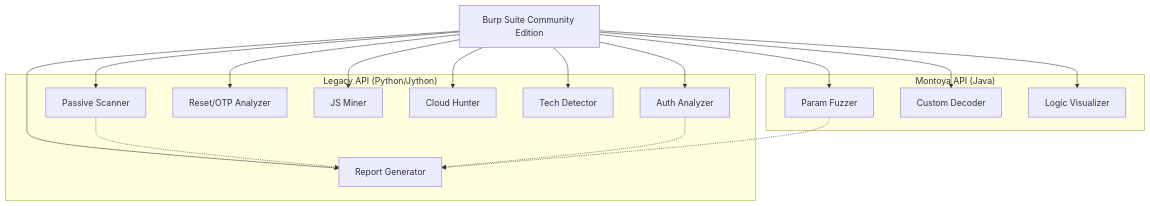
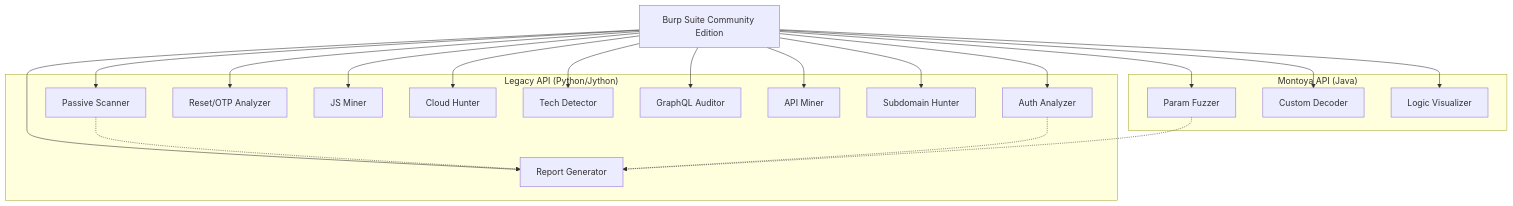
One commit to mic-cyberkid/burp-extensions-suite changed the diagram in docs/architecture.md. Above: the diagram before and after it, drawn with Mermaid. The commit also changed 15 other files, not shown here.

````diff
--- a/docs/architecture.md
+++ b/docs/architecture.md
@@ -7,35 +7,41 @@
 ```mermaid
 graph TD
     Burp[Burp Suite Community Edition]
 
     subgraph "Legacy API (Python/Jython)"
         PS[Passive Scanner]
         AA[Auth Analyzer]
         RG[Report Generator]
         RO[Reset/OTP Analyzer]
         JS[JS Miner]
         CH[Cloud Hunter]
         TD[Tech Detector]
+        GQ[GraphQL Auditor]
+        AM[API Miner]
+        SH[Subdomain Hunter]
     end
 
     subgraph "Montoya API (Java)"
         PF[Param Fuzzer]
         CD[Custom Decoder]
         LV[Logic Visualizer]
     end
 
     Burp --> PS
     Burp --> AA
     Burp --> RG
     Burp --> PF
     Burp --> CD
     Burp --> RO
     Burp --> LV
     Burp --> JS
     Burp --> CH
     Burp --> TD
+    Burp --> GQ
+    Burp --> AM
+    Burp --> SH
 
     PS -.-> RG
     AA -.-> RG
     PF -.-> RG
 ```
````
